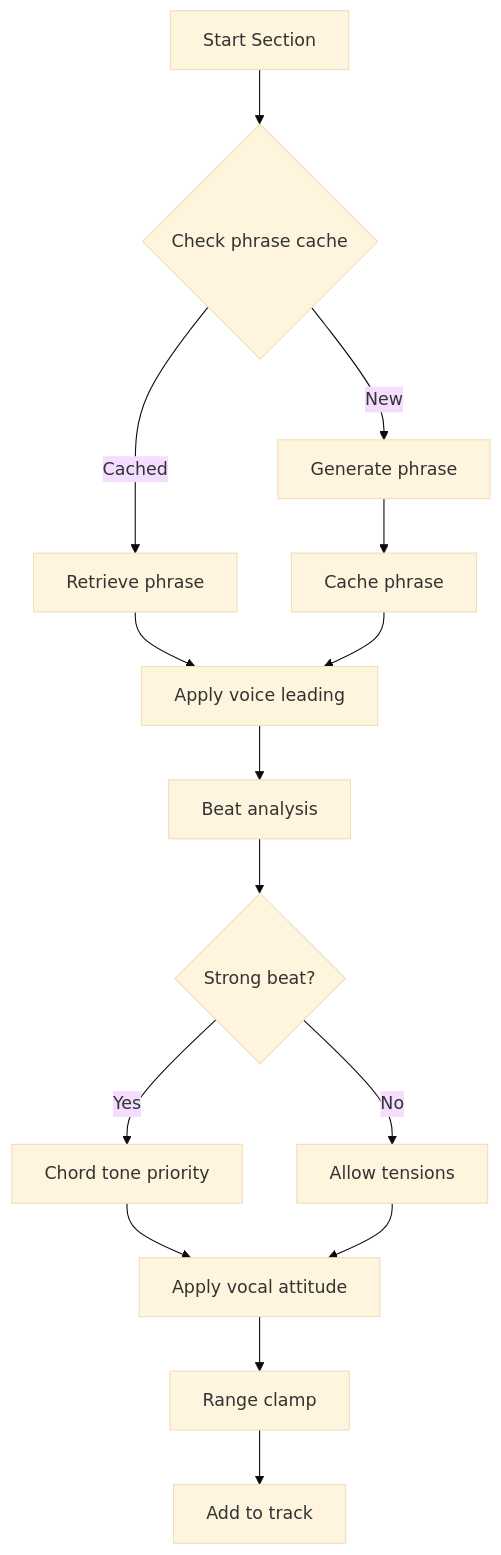
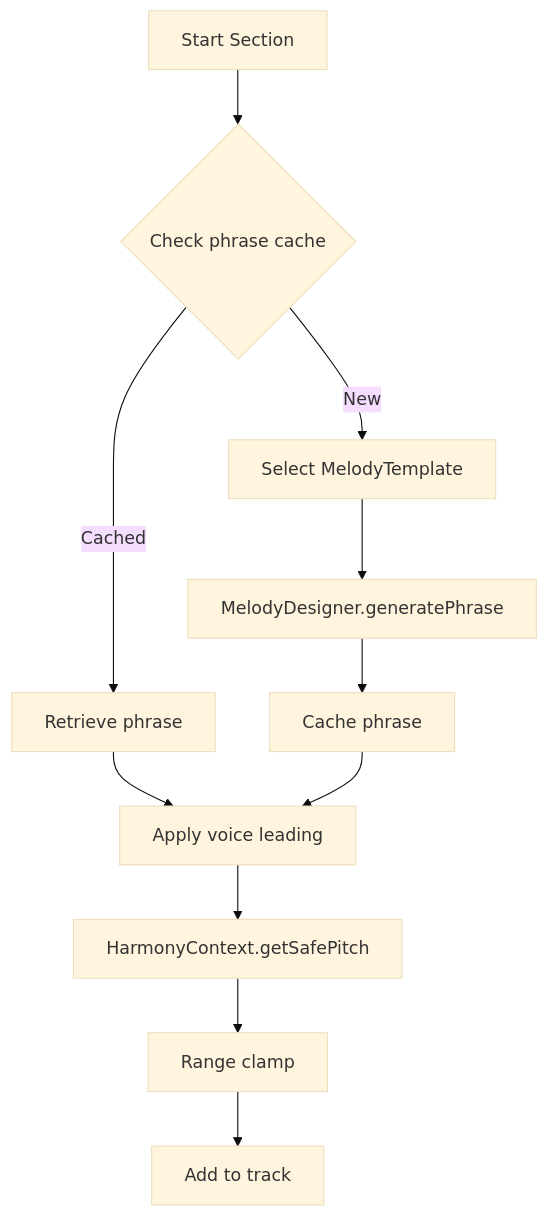
Before and after one commit to libraz/midi-sketch-homepage: the second of 7 diagrams in docs/track-generators.md, drawn with Mermaid (base theme). The commit also changed other lines of this file and 25 other files, not shown here.

First line of the commit message:
Update vocal system with melody templates and new Aux track

````diff
--- a/docs/track-generators.md
+++ b/docs/track-generators.md
@@ -37,17 +81,13 @@
 ```mermaid
 flowchart TD
     A[Start Section] --> B{Check phrase cache}
     B -->|Cached| C[Retrieve phrase]
-    B -->|New| D[Generate phrase]
-    D --> E[Cache phrase]
-    C --> F[Apply voice leading]
-    E --> F
-    F --> G[Beat analysis]
-    G --> H{Strong beat?}
-    H -->|Yes| I[Chord tone priority]
-    H -->|No| J[Allow tensions]
-    I --> K[Apply vocal attitude]
-    J --> K
-    K --> L[Range clamp]
-    L --> M[Add to track]
+    B -->|New| D[Select MelodyTemplate]
+    D --> E[MelodyDesigner.generatePhrase]
+    E --> F[Cache phrase]
+    C --> G[Apply voice leading]
+    F --> G
+    G --> H[HarmonyContext.getSafePitch]
+    H --> I[Range clamp]
+    I --> J[Add to track]
 ```
````
